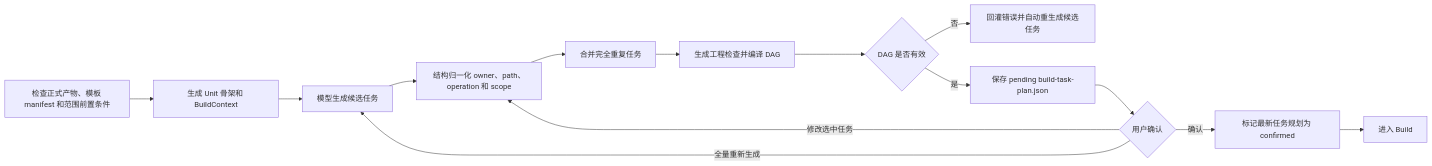
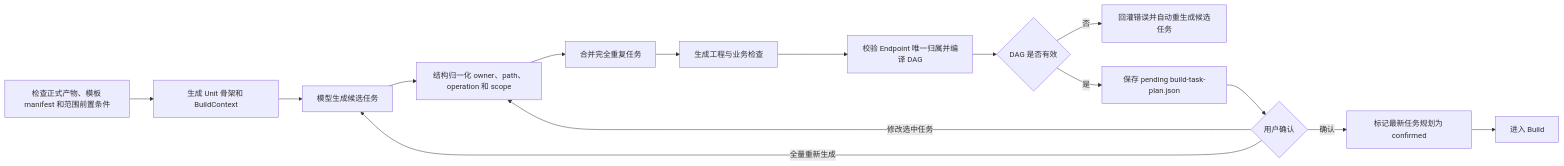
Before and after one commit to YYYWYF/XCodeAgent: the second of 2 diagrams in docs/DAG_TASK_GENERATION_AND_VALIDATION_MININAL_CHANGE_PLAN.md, drawn with Mermaid. The commit also changed other lines of this file and 59 other files, not shown here.

````diff
--- a/docs/DAG_TASK_GENERATION_AND_VALIDATION_MININAL_CHANGE_PLAN.md
+++ b/docs/DAG_TASK_GENERATION_AND_VALIDATION_MININAL_CHANGE_PLAN.md
@@ -77,16 +78,17 @@
 ```mermaid
 flowchart LR
     A["检查正式产物、模板 manifest 和范围前置条件"] --> B["生成 Unit 骨架和 BuildContext"]
     B --> C["模型生成候选任务"]
     C --> D["结构归一化 owner、path、operation 和 scope"]
     D --> E["合并完全重复任务"]
-    E --> F["生成工程检查并编译 DAG"]
-    F --> G{"DAG 是否有效"}
-    G -- "否" --> H["回灌错误并自动重生成候选任务"]
-    G -- "是" --> I["保存 pending build-task-plan.json"]
+    E --> F["生成工程与业务检查"]
+    F --> G["校验 Endpoint 唯一归属并编译 DAG"]
+    G --> V{"DAG 是否有效"}
+    V -- "否" --> H["回灌错误并自动重生成候选任务"]
+    V -- "是" --> I["保存 pending build-task-plan.json"]
     I --> J{"用户确认"}
     J -- "修改选中任务" --> D
     J -- "全量重新生成" --> C
     J -- "确认" --> K["标记最新任务规划为 confirmed"]
     K --> L["进入 Build"]
 ```
````
